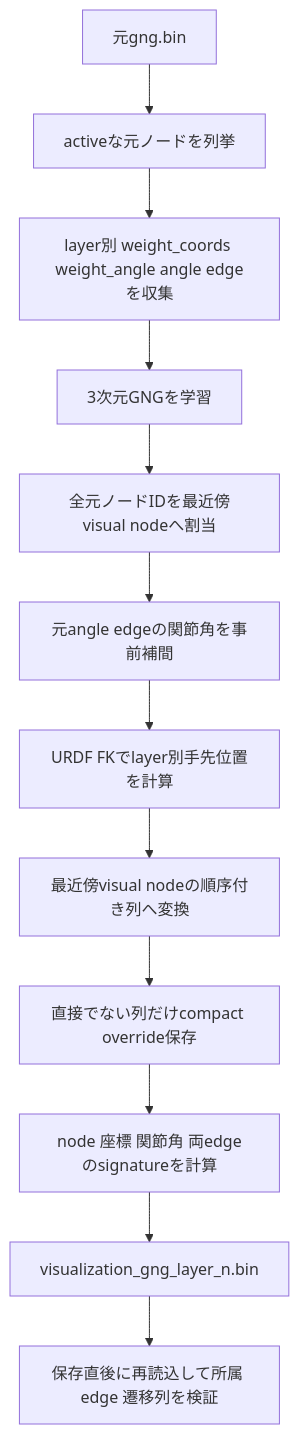
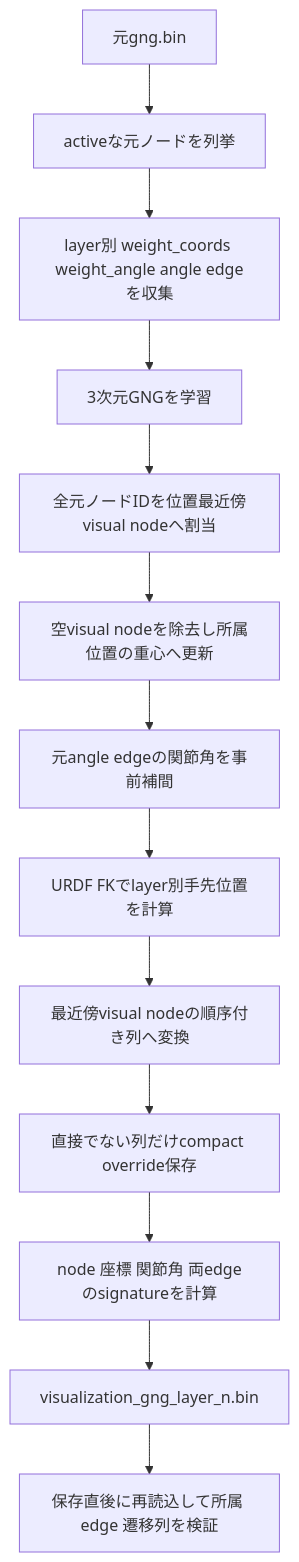
One commit to uraki-UH/arm_avoidance changed the sixth of 7 diagrams in gng_vlut_system/docs/TECHNICAL_SPEC.md. Above: the diagram before and after it, drawn with Mermaid. The commit also changed other lines of this file and 31 other files, not shown here.

````diff
--- a/gng_vlut_system/docs/TECHNICAL_SPEC.md
+++ b/gng_vlut_system/docs/TECHNICAL_SPEC.md
@@ -530,14 +547,15 @@
 ```mermaid
 flowchart TD
     A[元gng.bin] --> B[activeな元ノードを列挙]
     B --> C[layer別 weight_coords weight_angle angle edgeを収集]
     C --> D[3次元GNGを学習]
-    D --> E[全元ノードIDを最近傍visual nodeへ割当]
-    E --> F[元angle edgeの関節角を事前補間]
-    F --> G[URDF FKでlayer別手先位置を計算]
-    G --> H[最近傍visual nodeの順序付き列へ変換]
-    H --> I[直接でない列だけcompact override保存]
-    I --> J[node 座標 関節角 両edgeのsignatureを計算]
-    J --> K[visualization_gng_layer_n.bin]
-    K --> L[保存直後に再読込して所属 edge 遷移列を検証]
+    D --> E[全元ノードIDを位置最近傍visual nodeへ割当]
+    E --> F[空visual nodeを除去し所属位置の重心へ更新]
+    F --> G[元angle edgeの関節角を事前補間]
+    G --> H[URDF FKでlayer別手先位置を計算]
+    H --> I[最近傍visual nodeの順序付き列へ変換]
+    I --> J[直接でない列だけcompact override保存]
+    J --> K[node 座標 関節角 両edgeのsignatureを計算]
+    K --> L[visualization_gng_layer_n.bin]
+    L --> M[保存直後に再読込して所属 edge 遷移列を検証]
 ```
````
